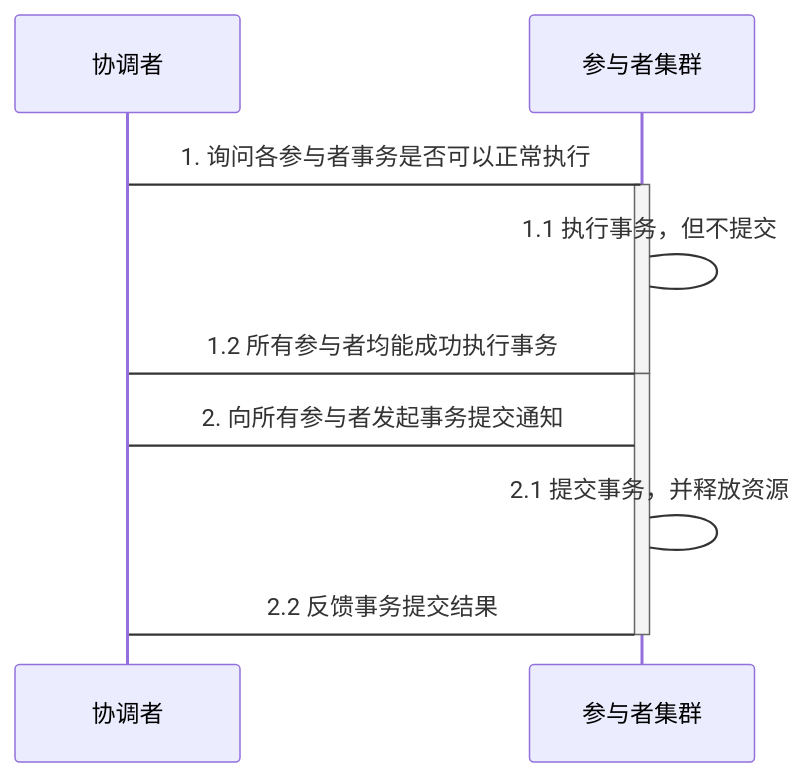
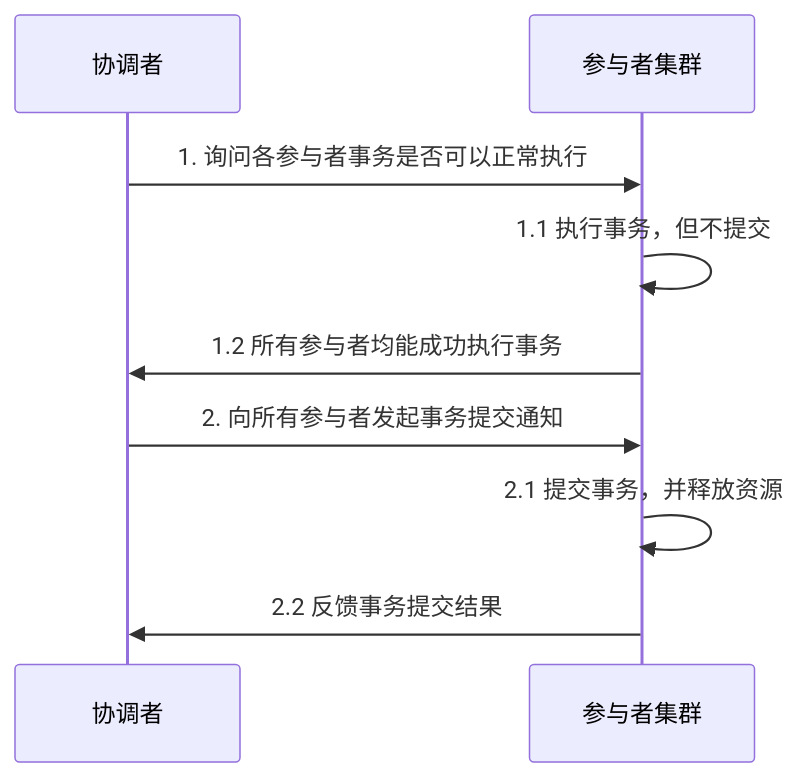
Before and after one commit to wendajiang/wendajiang.github.io.ar: the first of 9 diagrams in _posts/2021-03-16-distribute_transaction_2pc_3pc.md, drawn with Mermaid. The commit also changed other lines of this file, not shown here.

```diff
--- a/_posts/2021-03-16-distribute_transaction_2pc_3pc.md
+++ b/_posts/2021-03-16-distribute_transaction_2pc_3pc.md
@@ -53,15 +52,11 @@
 <div class="mermaid">
 sequenceDiagram
   participant 协调者
   participant 参与者集群
-  协调者 -> 参与者集群: 1. 询问各参与者事务是否可以正常执行
-  activate 参与者集群
-  参与者集群 -> 参与者集群: 1.1 执行事务，但不提交
-  参与者集群 -> 协调者: 1.2 所有参与者均能成功执行事务
-  deactivate 参与者集群
-  activate 参与者集群
-  协调者 -> 参与者集群: 2. 向所有参与者发起事务提交通知
-  参与者集群 -> 参与者集群: 2.1 提交事务，并释放资源
-  参与者集群 -> 协调者: 2.2 反馈事务提交结果
-  deactivate 参与者集群
+  协调者 ->> 参与者集群: 1. 询问各参与者事务是否可以正常执行
+  参与者集群 ->> 参与者集群: 1.1 执行事务，但不提交
+  参与者集群 ->> 协调者: 1.2 所有参与者均能成功执行事务
+  协调者 ->> 参与者集群: 2. 向所有参与者发起事务提交通知
+  参与者集群 ->> 参与者集群: 2.1 提交事务，并释放资源
+  参与者集群 ->> 协调者: 2.2 反馈事务提交结果
 </div>
```
